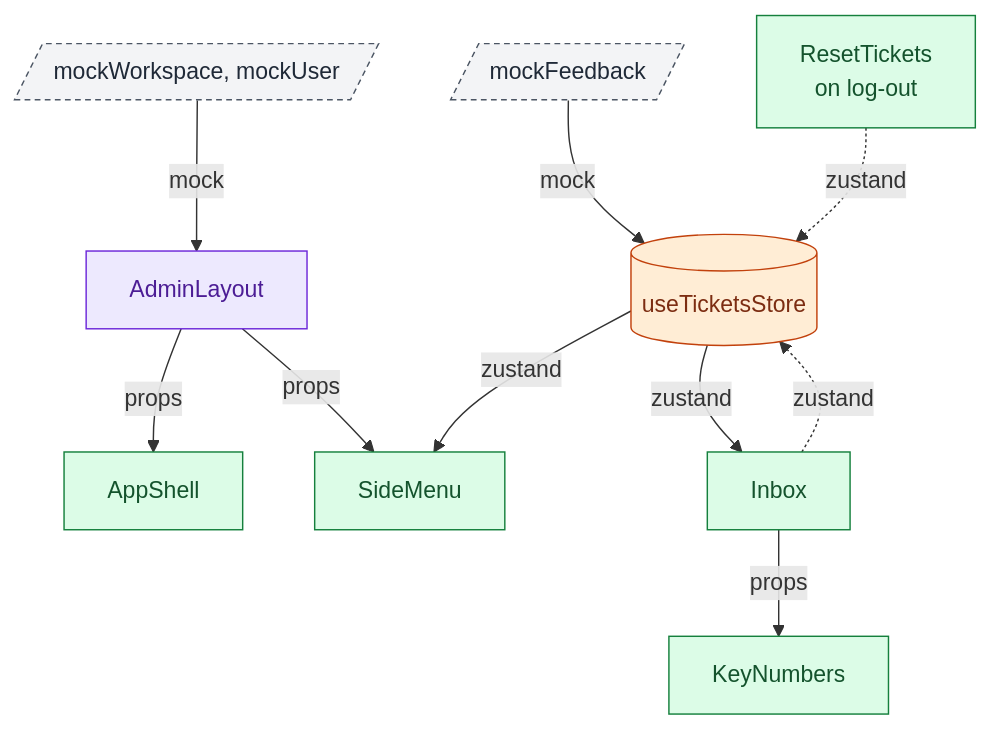
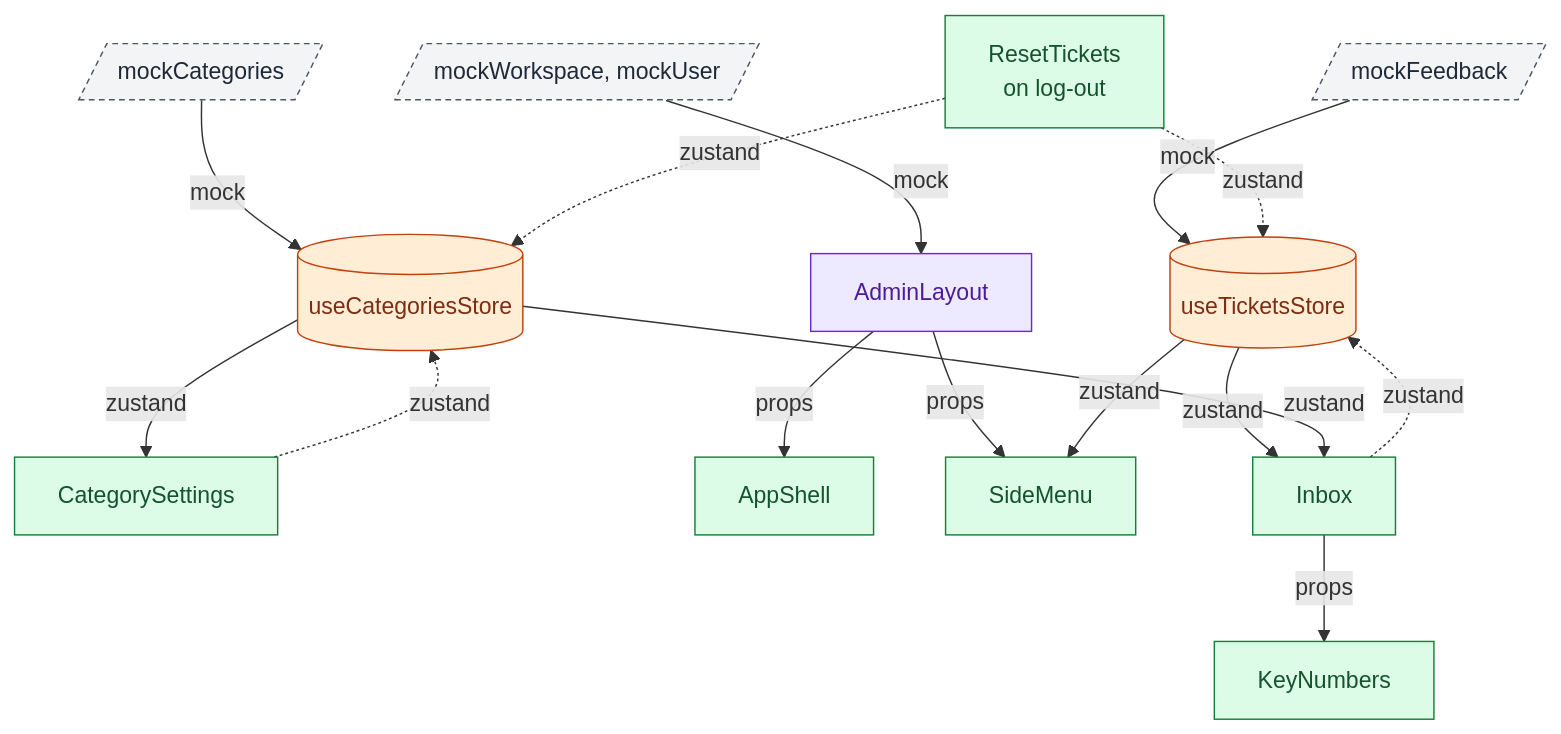
Diagram 11 of 13 in apps/admin/docs/architecture.md (AlberteViendahl/feedback), drawn with Mermaid before and after one commit. The commit also changed other lines of this file, not shown here.

Commit message:
Updates to architecture

````diff
--- a/apps/admin/docs/architecture.md
+++ b/apps/admin/docs/architecture.md
@@ -457,28 +516,36 @@
 ```mermaid
 flowchart TD
   MockWorkspace[/"mockWorkspace, mockUser"/]:::mock
   MockFeedback[/"mockFeedback"/]:::mock
+  MockCategories[/"mockCategories"/]:::mock
   Store[("useTicketsStore")]:::store
+  CategoryStore[("useCategoriesStore")]:::store
+  CategorySettings["CategorySettings"]:::component
   AdminLayout["AdminLayout"]:::layout
   AppShell["AppShell"]:::component
   SideMenu["SideMenu"]:::component
   Inbox["Inbox"]:::component
   KeyNumbers["KeyNumbers"]:::component
   ResetTickets["ResetTickets<br/>on log-out"]:::component
 
   MockWorkspace -- "mock" --> AdminLayout
   AdminLayout -- "props" --> AppShell
   AdminLayout -- "props" --> SideMenu
   MockFeedback -- "mock" --> Store
   Store -- "zustand" --> SideMenu
   Store -- "zustand" --> Inbox
   Inbox -- "props" --> KeyNumbers
   Inbox -. "zustand" .-> Store
   ResetTickets -. "zustand" .-> Store
+  MockCategories -- "mock" --> CategoryStore
+  CategoryStore -- "zustand" --> CategorySettings
+  CategoryStore -- "zustand" --> Inbox
+  CategorySettings -. "zustand" .-> CategoryStore
+  ResetTickets -. "zustand" .-> CategoryStore
 
   classDef page fill:#DBEAFE,stroke:#1D4ED8,color:#1E3A8A
   classDef layout fill:#EDE9FE,stroke:#6D28D9,color:#4C1D95
   classDef component fill:#DCFCE7,stroke:#15803D,color:#14532D
   classDef store fill:#FFEDD5,stroke:#C2410C,color:#7C2D12
   classDef mock fill:#F3F4F6,stroke:#4B5563,color:#1F2937,stroke-dasharray:4 3
 ```
````
